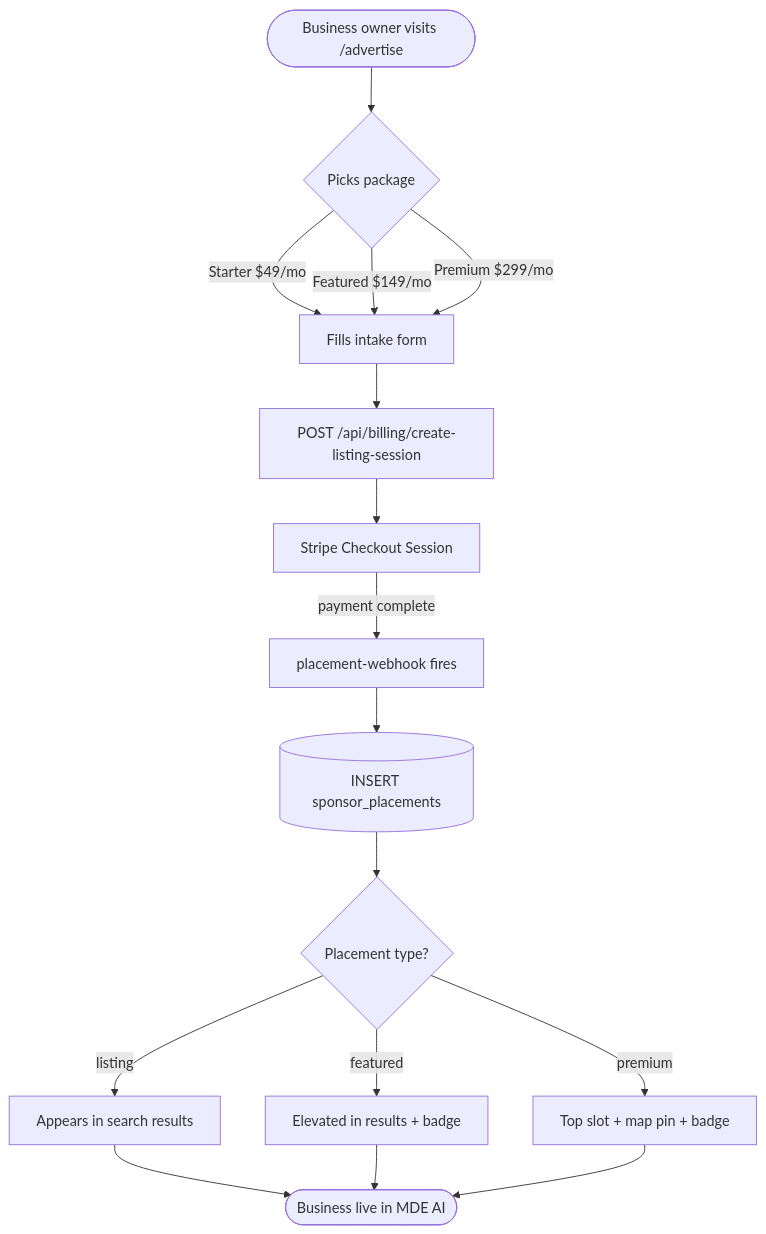
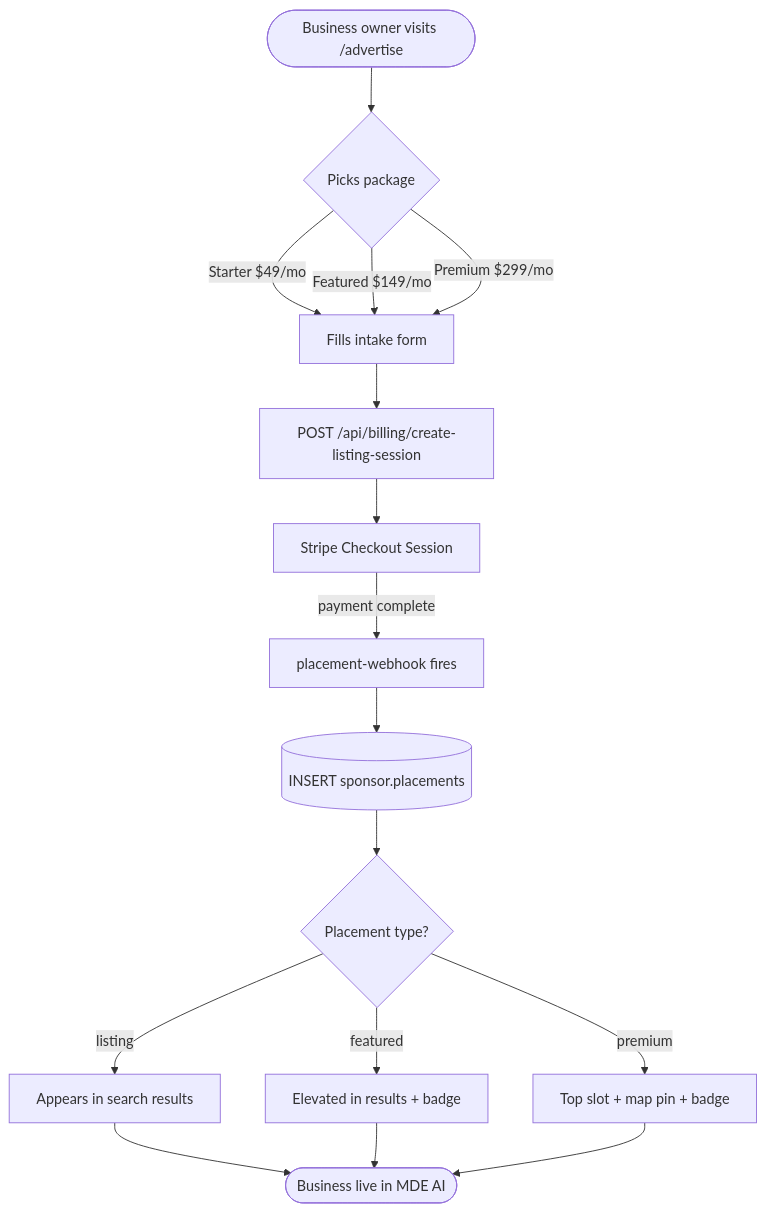
The first of 2 diagrams in tasks/revenue/C5-advertise-self-serve.md (amo-tech-ai/medell-n-connect), drawn with Mermaid before and after one commit. The commit also changed other lines of this file and 67 other files, not shown here.

````diff
--- a/tasks/revenue/C5-advertise-self-serve.md
+++ b/tasks/revenue/C5-advertise-self-serve.md
@@ -43,18 +49,18 @@
 ```mermaid
 flowchart TD
     accTitle: Self-serve listing flow
     accDescr: Business owner journey from /advertise to live placement
     A([Business owner visits /advertise]) --> B{Picks package}
     B -->|Starter $49/mo| C[Fills intake form]
     B -->|Featured $149/mo| C
     B -->|Premium $299/mo| C
     C --> D[POST /api/billing/create-listing-session]
     D --> E[Stripe Checkout Session]
     E -->|payment complete| F[placement-webhook fires]
-    F --> G[(INSERT sponsor_placements)]
+    F --> G[(INSERT sponsor.placements)]
     G --> H{Placement type?}
     H -->|listing| I[Appears in search results]
     H -->|featured| J[Elevated in results + badge]
     H -->|premium| K[Top slot + map pin + badge]
     I & J & K --> L([Business live in MDE AI])
 ```
````
